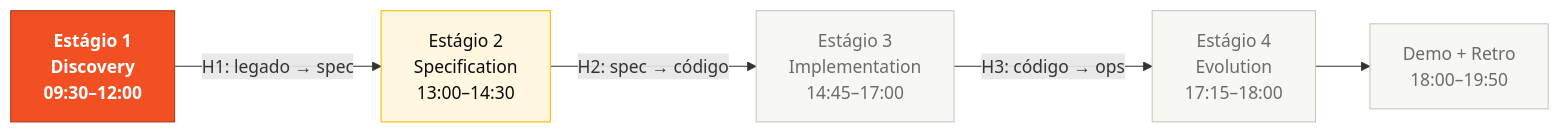
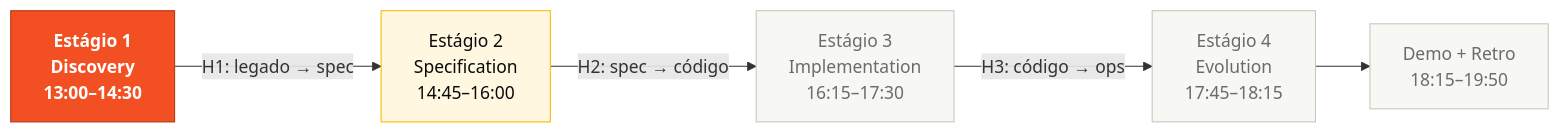
Before and after one commit to paulasilvatech/hackathon-datacorp-team-kit: the first of 2 diagrams in pt-br/01-arqueologia/GUIDE.md, drawn with Mermaid. The commit also changed other lines of this file and 241 other files, not shown here.

````diff
--- a/pt-br/01-arqueologia/GUIDE.md
+++ b/pt-br/01-arqueologia/GUIDE.md
@@ -19,17 +21,17 @@
 ```mermaid
 flowchart LR
  classDef current fill:#F25022,stroke:#B33816,color:#fff,font-weight:bold
  classDef next fill:#FFF7E0,stroke:#FFB900,color:#0A0A0A
  classDef later fill:#F7F7F4,stroke:#C8C8C0,color:#6B6B6B
 
- S1[Estágio 1<br/>Discovery<br/>09:30–12:00]:::current
- S2[Estágio 2<br/>Specification<br/>13:00–14:30]:::next
- S3[Estágio 3<br/>Implementation<br/>14:45–17:00]:::later
- S4[Estágio 4<br/>Evolution<br/>17:15–18:00]:::later
- DEMO[Demo + Retro<br/>18:00–19:50]:::later
+ S1[Estágio 1<br/>Discovery<br/>13:00–14:30]:::current
+ S2[Estágio 2<br/>Specification<br/>14:45–16:00]:::next
+ S3[Estágio 3<br/>Implementation<br/>16:15–17:30]:::later
+ S4[Estágio 4<br/>Evolution<br/>17:45–18:15]:::later
+ DEMO[Demo + Retro<br/>18:15–19:50]:::later
 
  S1 -- H1: legado → spec --> S2
  S2 -- H2: spec → código --> S3
  S3 -- H3: código → ops --> S4
  S4 --> DEMO
 ```
````
